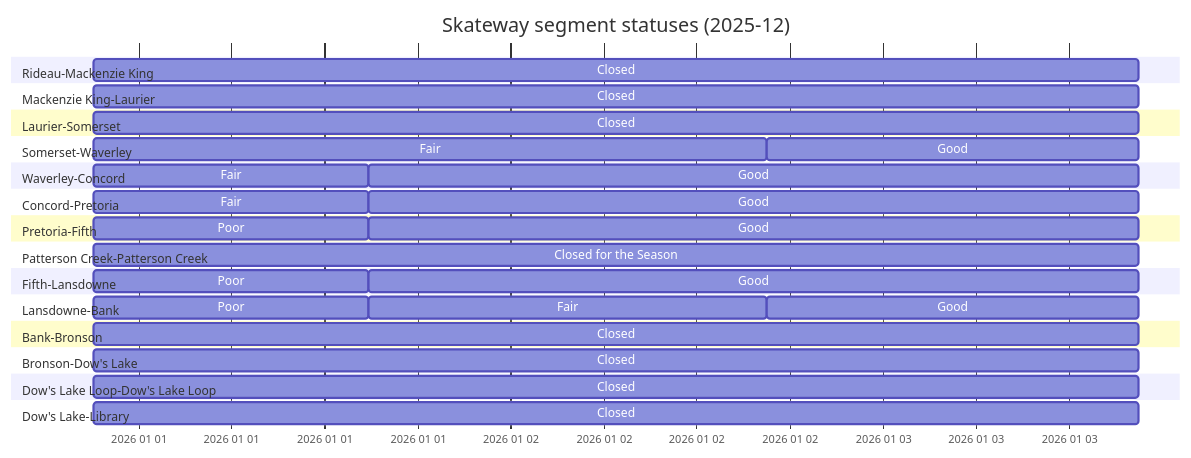
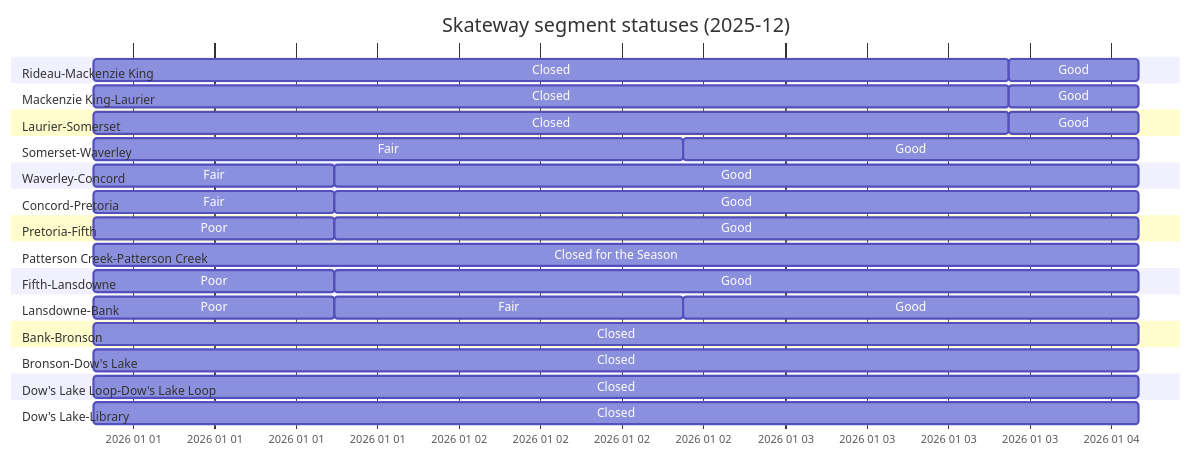
The diagram in gantt.md (PatLittle/skateway_data), drawn with Mermaid before and after one commit. The commit also changed 2 other files, not shown here.

````diff
--- a/gantt.md
+++ b/gantt.md
@@ -2,51 +2,54 @@
 ```mermaid
 ---
 topAxis: true
 displayMode: compact
 config:
   themeCSS: " #vg { fill: Green } #g {fill: yellow} #f {fill: orange} #p {fill: red}      \n
 #c {fill: Black} #cs {fill: Black} #sc {fill: White} #wo {fill: saddlebrown} \n
             text[id^=cs] { fill: red; } text[id^=sc] { fill: red; }
         "
 ---
 
 gantt
   title Skateway segment statuses (2025-12)
   dateFormat  YYYY-MM-DD HH:mm:ss
   axisFormat  %Y %m %d
   section Rideau-Mackenzie King
-  Closed: c, 2025-12-31 21:07:33, 2026-01-03 16:27:36
+  Closed: c, 2025-12-31 21:07:33, 2026-01-03 16:27:35
+  Good: g, 2026-01-03 16:27:35, 2026-01-04 02:00:59
   section Mackenzie King-Laurier
-  Closed: c, 2025-12-31 21:07:33, 2026-01-03 16:27:36
+  Closed: c, 2025-12-31 21:07:33, 2026-01-03 16:27:35
+  Good: g, 2026-01-03 16:27:35, 2026-01-04 02:00:59
   section Laurier-Somerset
-  Closed: c, 2025-12-31 21:07:33, 2026-01-03 16:27:36
+  Closed: c, 2025-12-31 21:07:33, 2026-01-03 16:27:35
+  Good: g, 2026-01-03 16:27:35, 2026-01-04 02:00:59
   section Somerset-Waverley
   Fair: f, 2025-12-31 21:07:33, 2026-01-02 16:28:08
-  Good: g, 2026-01-02 16:28:08, 2026-01-03 16:27:36
+  Good: g, 2026-01-02 16:28:08, 2026-01-04 02:00:59
   section Waverley-Concord
   Fair: f, 2025-12-31 21:07:33, 2026-01-01 14:52:27
-  Good: g, 2026-01-01 14:52:27, 2026-01-03 16:27:36
+  Good: g, 2026-01-01 14:52:27, 2026-01-04 02:00:59
   section Concord-Pretoria
   Fair: f, 2025-12-31 21:07:33, 2026-01-01 14:52:27
-  Good: g, 2026-01-01 14:52:27, 2026-01-03 16:27:36
+  Good: g, 2026-01-01 14:52:27, 2026-01-04 02:00:59
   section Pretoria-Fifth
   Poor: p, 2025-12-31 21:07:33, 2026-01-01 14:52:27
-  Good: g, 2026-01-01 14:52:27, 2026-01-03 16:27:36
+  Good: g, 2026-01-01 14:52:27, 2026-01-04 02:00:59
   section Patterson Creek-Patterson Creek
-  Closed for the Season: cs, 2025-12-31 21:07:33, 2026-01-03 16:27:36
+  Closed for the Season: cs, 2025-12-31 21:07:33, 2026-01-04 02:00:59
   section Fifth-Lansdowne
   Poor: p, 2025-12-31 21:07:33, 2026-01-01 14:52:27
-  Good: g, 2026-01-01 14:52:27, 2026-01-03 16:27:36
+  Good: g, 2026-01-01 14:52:27, 2026-01-04 02:00:59
   section Lansdowne-Bank
   Poor: p, 2025-12-31 21:07:33, 2026-01-01 14:52:27
   Fair: f, 2026-01-01 14:52:27, 2026-01-02 16:28:08
-  Good: g, 2026-01-02 16:28:08, 2026-01-03 16:27:36
+  Good: g, 2026-01-02 16:28:08, 2026-01-04 02:00:59
   section Bank-Bronson
-  Closed: c, 2025-12-31 21:07:33, 2026-01-03 16:27:36
+  Closed: c, 2025-12-31 21:07:33, 2026-01-04 02:00:59
   section Bronson-Dow's Lake
-  Closed: c, 2025-12-31 21:07:33, 2026-01-03 16:27:36
+  Closed: c, 2025-12-31 21:07:33, 2026-01-04 02:00:59
   section Dow's Lake Loop-Dow's Lake Loop
-  Closed: c, 2025-12-31 21:07:33, 2026-01-03 16:27:36
+  Closed: c, 2025-12-31 21:07:33, 2026-01-04 02:00:59
   section Dow's Lake-Library
-  Closed: c, 2025-12-31 21:07:33, 2026-01-03 16:27:36
+  Closed: c, 2025-12-31 21:07:33, 2026-01-04 02:00:59
 ```
````
